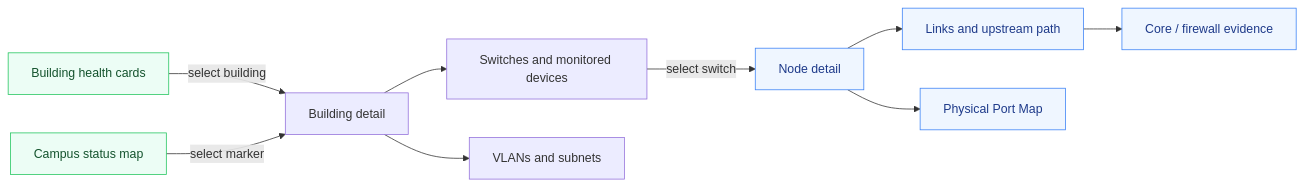
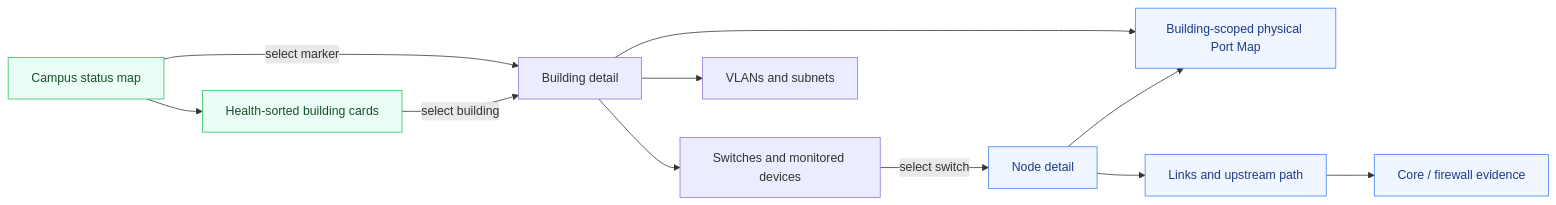
The diagram in docs/building-first-network-flow.md (OlderschCoder/Network-Insight-Hub), drawn with Mermaid before and after one commit. The commit also changed 4 other files, not shown here.

First line of the commit message:
Add building-scoped port maps and scrollable selects

````diff
--- a/docs/building-first-network-flow.md
+++ b/docs/building-first-network-flow.md
@@ -7,16 +7,18 @@
 ```mermaid
 flowchart LR
-    A[Building health cards] -->|select building| B[Building detail]
-    M[Campus status map] -->|select marker| B
+    M[Campus status map] -->|select marker| B[Building detail]
+    M --> A[Health-sorted building cards]
+    A -->|select building| B
     B --> C[Switches and monitored devices]
     B --> D[VLANs and subnets]
+    B --> G[Building-scoped physical Port Map]
     C -->|select switch| E[Node detail]
     E --> F[Links and upstream path]
-    E --> G[Physical Port Map]
+    E --> G
     F --> H[Core / firewall evidence]
 
     classDef start fill:#ecfdf5,stroke:#22c55e,color:#14532d;
     classDef expert fill:#eff6ff,stroke:#3b82f6,color:#1e3a8a;
     class A,M start;
     class E,F,G,H expert;
 ```
````
